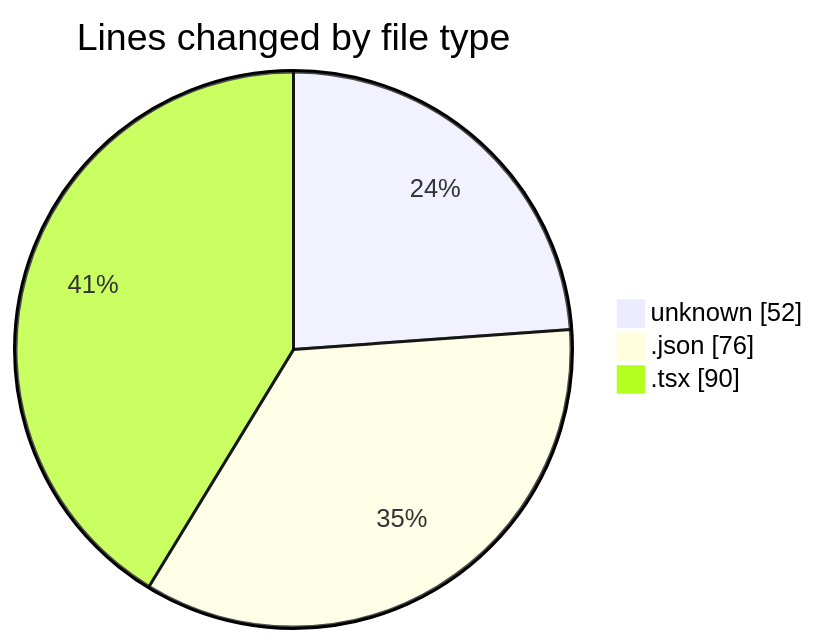
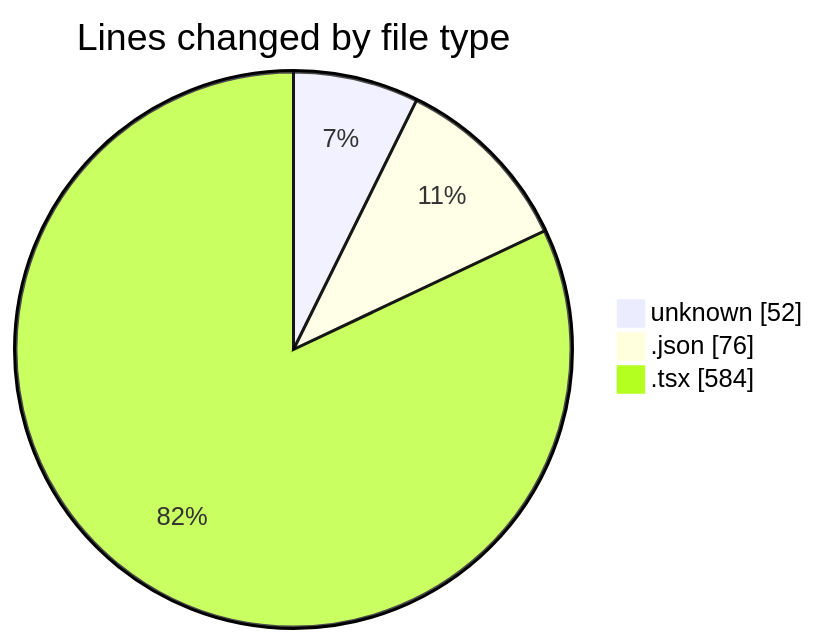
The first of 2 diagrams in 2025-06-28/navtech/README.md (JenPaints/code-tracking), drawn with Mermaid before and after one commit. The commit also changed other lines of this file and 1 other file, not shown here.

````diff
--- a/2025-06-28/navtech/README.md
+++ b/2025-06-28/navtech/README.md
@@ -23,7 +24,7 @@
 ```mermaid
 pie showData
 title Lines changed by file type
 "unknown" : 52
 ".json" : 76
-".tsx" : 90
+".tsx" : 584
 ```
````
